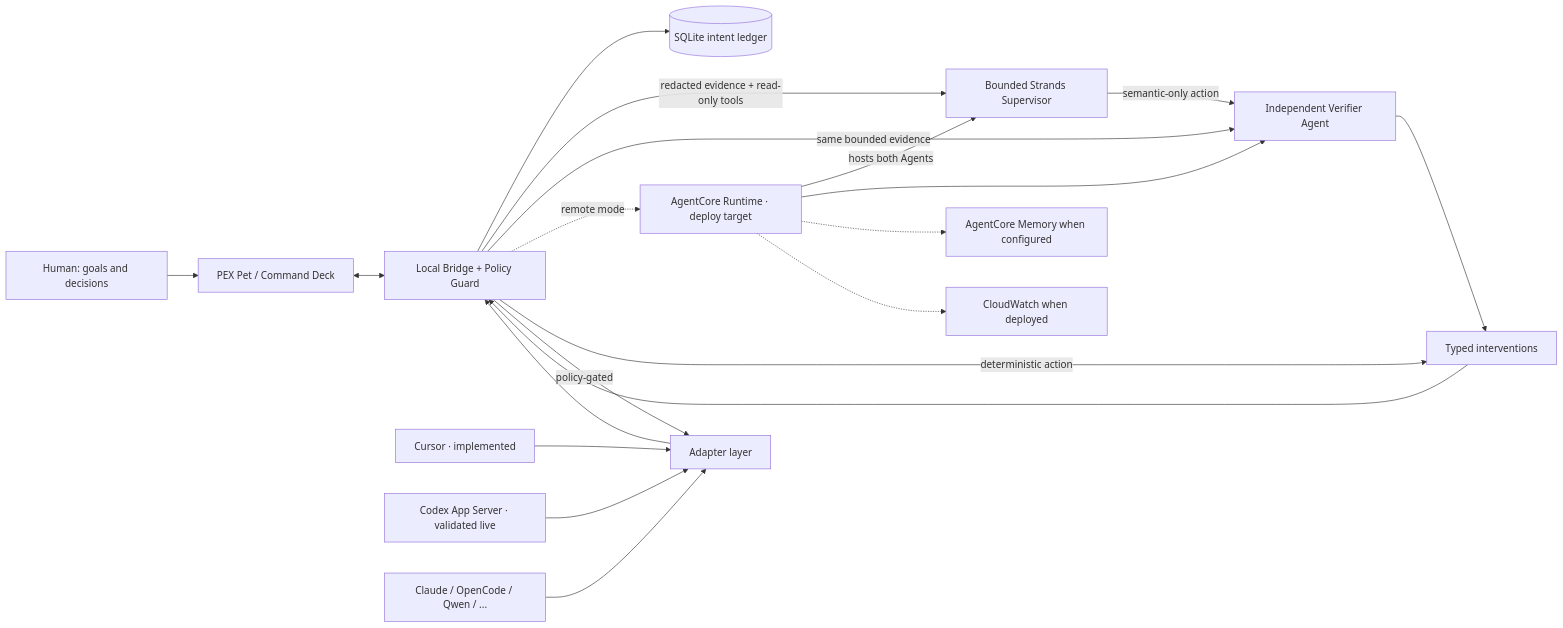
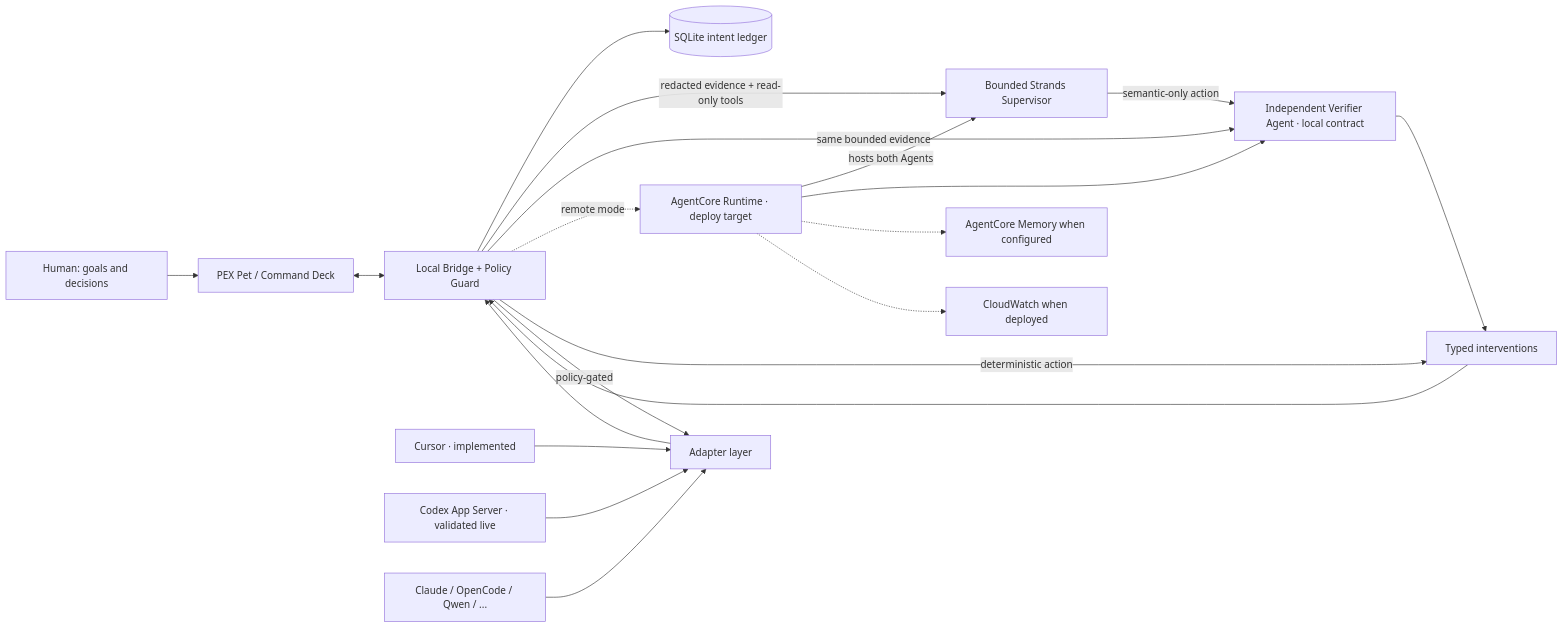
One commit to josepha-mayo/pex changed the diagram in docs/architecture/hackathon.md. Above: the diagram before and after it, drawn with Mermaid. The commit also changed other lines of this file and 7 other files, not shown here.

````diff
--- a/docs/architecture/hackathon.md
+++ b/docs/architecture/hackathon.md
@@ -9,37 +14,37 @@
 ```mermaid
 flowchart LR
   human[Human: goals and decisions]
   pet[PEX Pet / Command Deck]
   bridge[Local Bridge + Policy Guard]
   store[(SQLite intent ledger)]
   adapters[Adapter layer]
   cursor[Cursor · implemented]
   codex[Codex App Server · validated live]
   others[Claude / OpenCode / Qwen / ...]
   strands[Bounded Strands Supervisor]
-  verifier[Independent Verifier Agent]
+  verifier[Independent Verifier Agent · local contract]
   runtime[AgentCore Runtime · deploy target]
   memory[AgentCore Memory when configured]
   cw[CloudWatch when deployed]
   out[Typed interventions]
 
   human --> pet
   pet <--> bridge
   cursor --> adapters
   codex --> adapters
   others --> adapters
   adapters --> bridge
   bridge --> store
   bridge -->|redacted evidence + read-only tools| strands
   strands -->|semantic-only action| verifier
   bridge -->|same bounded evidence| verifier
   bridge -.->|remote mode| runtime
   runtime -->|hosts both Agents| strands
   runtime --> verifier
   runtime -.-> memory
   runtime -.-> cw
   verifier --> out
   bridge -->|deterministic action| out
   out --> bridge
   bridge -->|policy-gated| adapters
 ```
````
